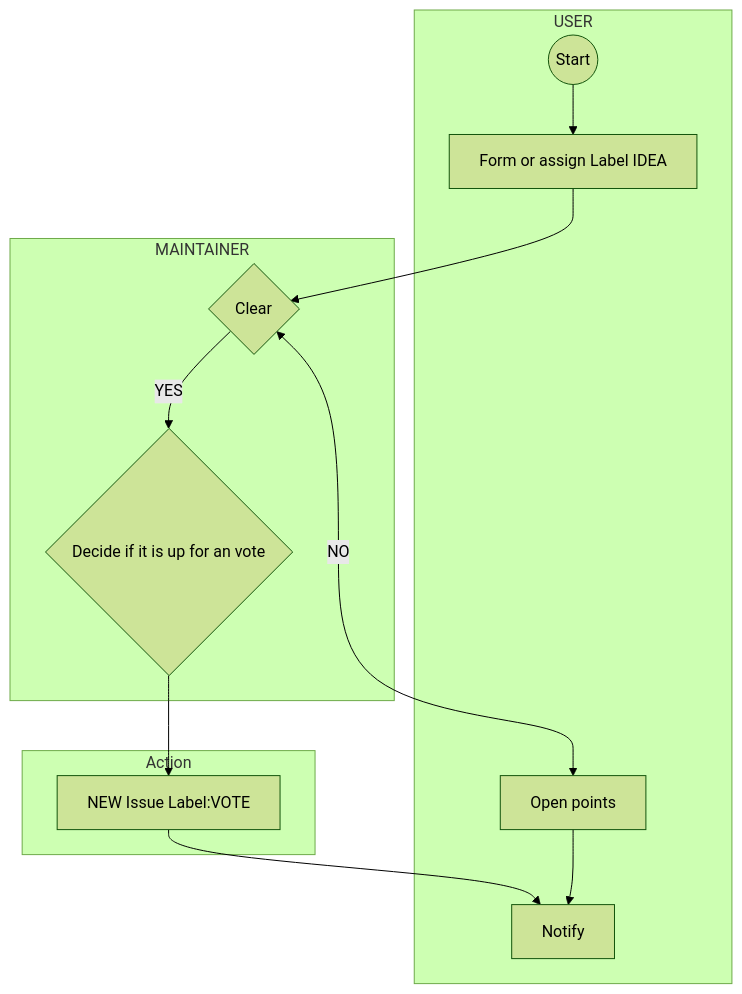
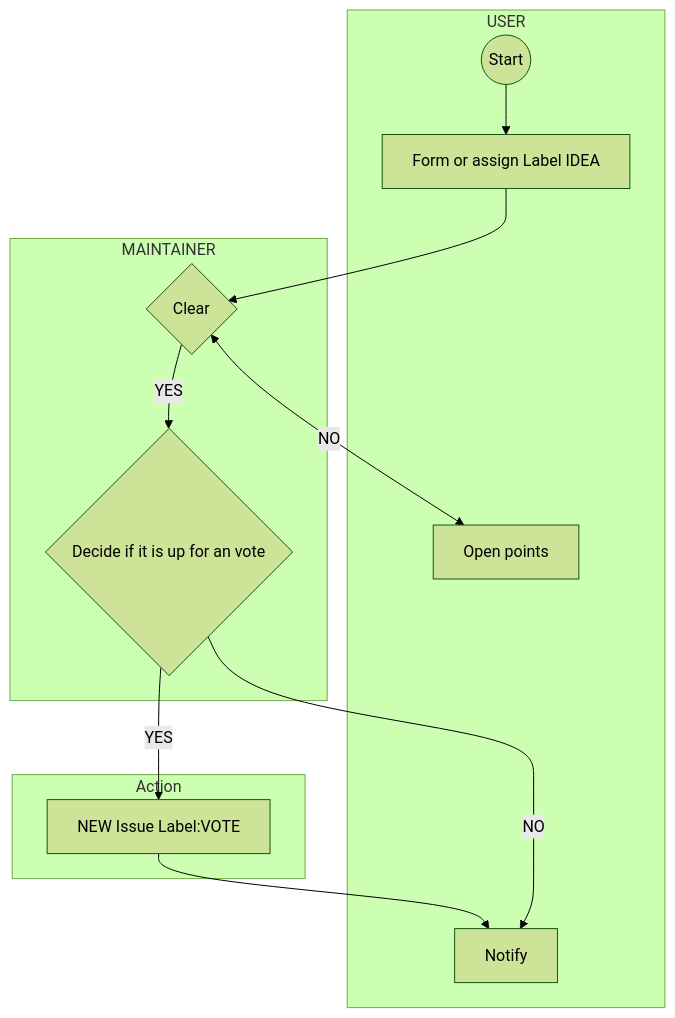
Before and after one commit to GFGMNET/Workspace: the diagram in docs/workflow_idea.md, drawn with Mermaid (forest theme).

````diff
--- a/docs/workflow_idea.md
+++ b/docs/workflow_idea.md
@@ -1,31 +1,31 @@
 ```mermaid
 flowchart TD
  subgraph USER
   STA@{ shape: circle, label: "Start" }
   FOR[Form or assign Label IDEA]
   ASK[Open points]
   NOT[Notify] 
  end
  subgraph MAINTAINER
   CLE{Clear}
   DES{Decide if it is up for an vote}
  end
  subgraph Action
   VOT[NEW Issue Label:VOTE]
   DES{Decide if it is up for an vote}
  end
   
  
  
  STA --> FOR
  FOR --> CLE
  CLE <--> |NO|ASK
  CLE --> |YES|DES
- DES --> VOT
+ DES --> |YES|VOT
  VOT --> NOT
- ASK --> NOT
+ DES --> |NO|NOT
  
  
  
  
  ```
````
